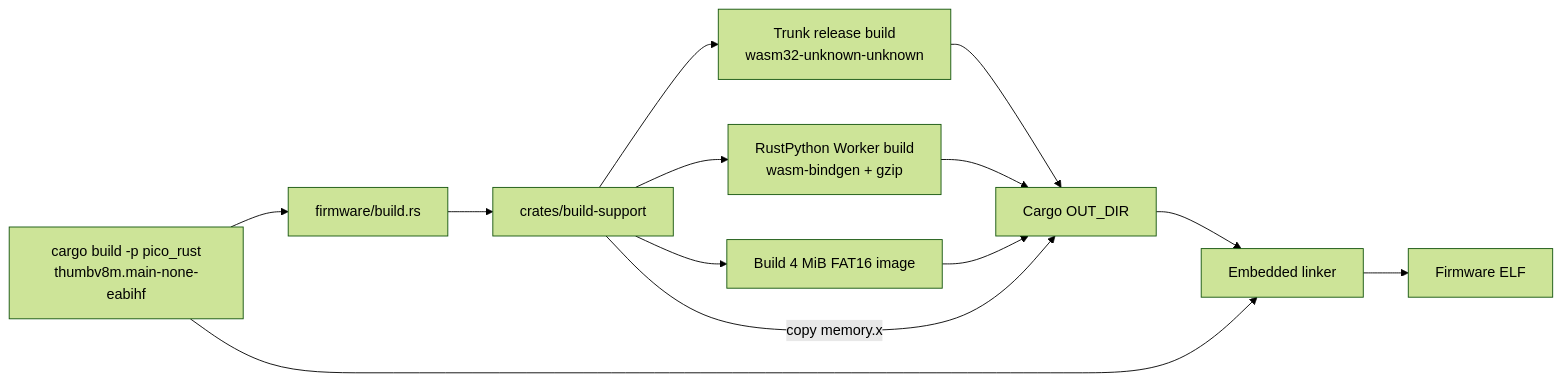
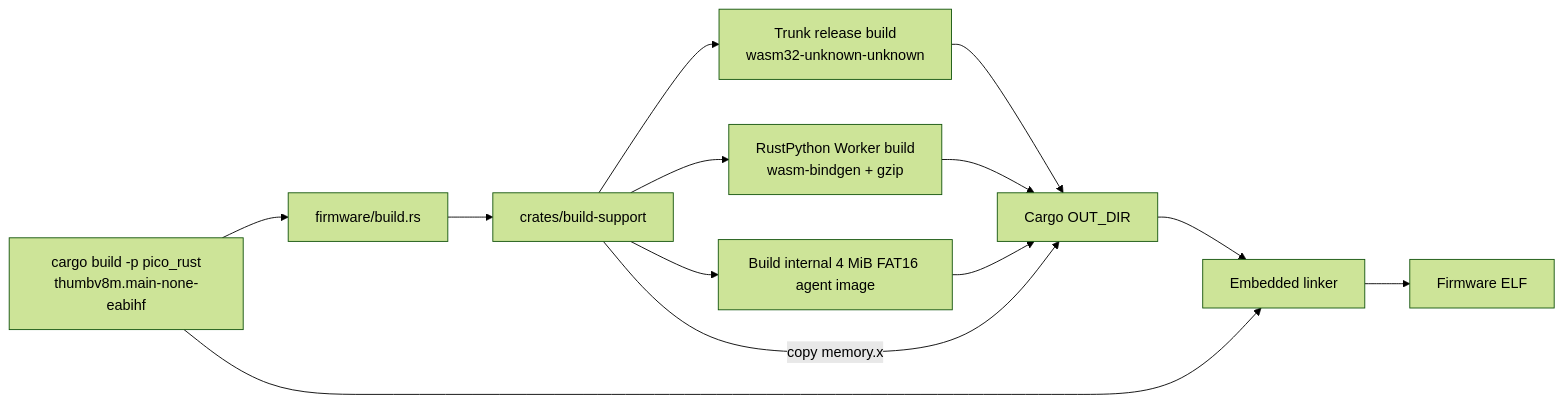
The third of 9 diagrams in docs/ARCHITECTURE.md (mapf0000/pico_plus_2w_blinky), drawn with Mermaid (forest theme) before and after one commit. The commit also changed other lines of this file and 15 other files, not shown here.

````diff
--- a/docs/ARCHITECTURE.md
+++ b/docs/ARCHITECTURE.md
@@ -114,20 +113,20 @@
 ```mermaid
 flowchart LR
     Cargo["cargo build -p pico_rust<br/>thumbv8m.main-none-eabihf"]
     BuildRS[firmware/build.rs]
     Support[crates/build-support]
     Trunk["Trunk release build<br/>wasm32-unknown-unknown"]
     Python["RustPython Worker build<br/>wasm-bindgen + gzip"]
-    MSC[Build 4 MiB FAT16 image]
+    MSC[Build internal 4 MiB FAT16 agent image]
     Out[Cargo OUT_DIR]
     Link[Embedded linker]
     ELF[Firmware ELF]
 
     Cargo --> BuildRS --> Support
     Support --> Trunk --> Out
     Support --> Python --> Out
     Support --> MSC --> Out
     Support -->|copy memory.x| Out
     Out --> Link
     Cargo --> Link --> ELF
 ```
````
